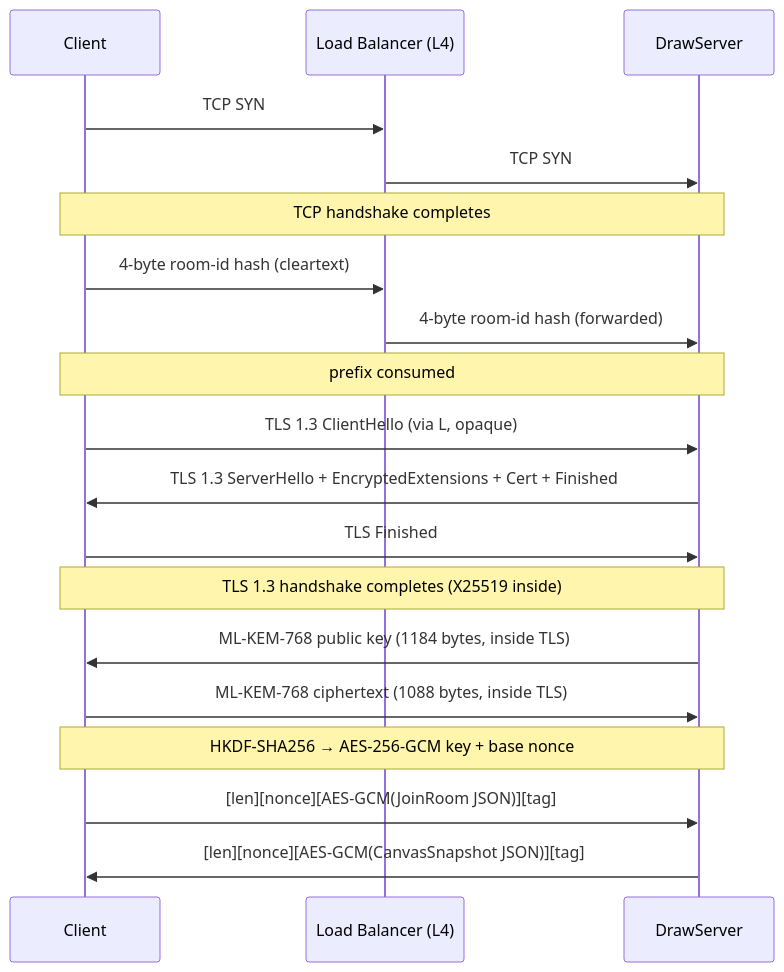
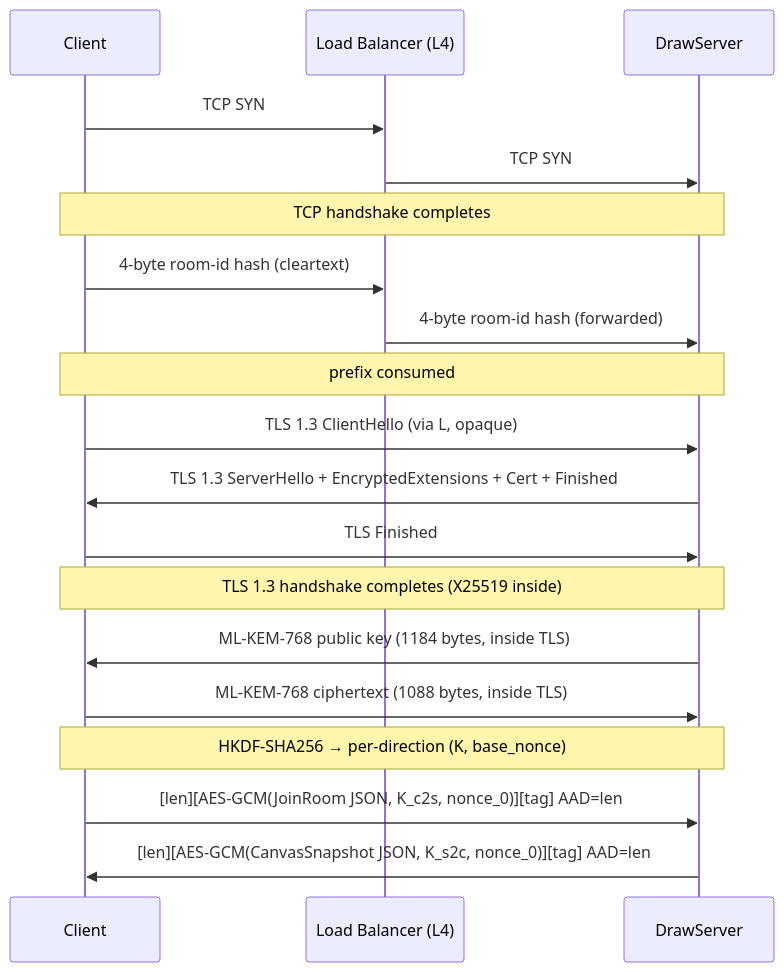
One commit to sup3rshy/NT106.Q21.ANTN changed the second of 2 diagrams in docs/design/tls-in-house.md. Above: the diagram before and after it, drawn with Mermaid. The commit also changed other lines of this file, not shown here.

First line of the commit message:
docs(tls): fix Phase 4 crypto — per-direction keys, AAD, drop wire nonce

````diff
--- a/docs/design/tls-in-house.md
+++ b/docs/design/tls-in-house.md
@@ -339,22 +350,22 @@
 ```mermaid
 sequenceDiagram
     participant C as Client
     participant L as Load Balancer (L4)
     participant S as DrawServer
 
     C->>L: TCP SYN
     L->>S: TCP SYN
     Note over C,S: TCP handshake completes
     C->>L: 4-byte room-id hash (cleartext)
     L->>S: 4-byte room-id hash (forwarded)
     Note over C,S: prefix consumed
     C->>S: TLS 1.3 ClientHello (via L, opaque)
     S->>C: TLS 1.3 ServerHello + EncryptedExtensions + Cert + Finished
     C->>S: TLS Finished
     Note over C,S: TLS 1.3 handshake completes (X25519 inside)
     S->>C: ML-KEM-768 public key (1184 bytes, inside TLS)
     C->>S: ML-KEM-768 ciphertext (1088 bytes, inside TLS)
-    Note over C,S: HKDF-SHA256 → AES-256-GCM key + base nonce
-    C->>S: [len][nonce][AES-GCM(JoinRoom JSON)][tag]
-    S->>C: [len][nonce][AES-GCM(CanvasSnapshot JSON)][tag]
+    Note over C,S: HKDF-SHA256 → per-direction (K, base_nonce)
+    C->>S: [len][AES-GCM(JoinRoom JSON, K_c2s, nonce_0)][tag]  AAD=len
+    S->>C: [len][AES-GCM(CanvasSnapshot JSON, K_s2c, nonce_0)][tag]  AAD=len
 ```
````
